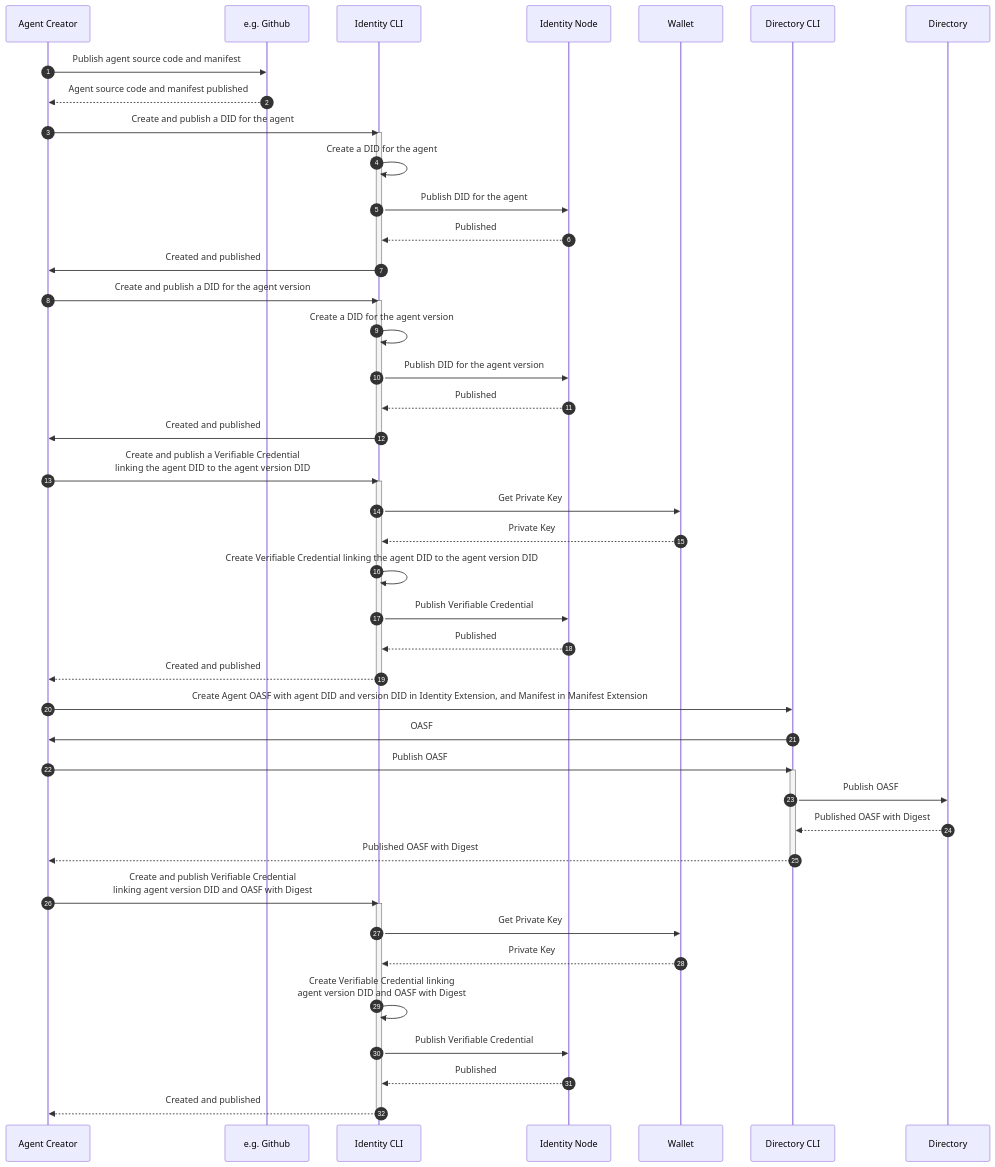
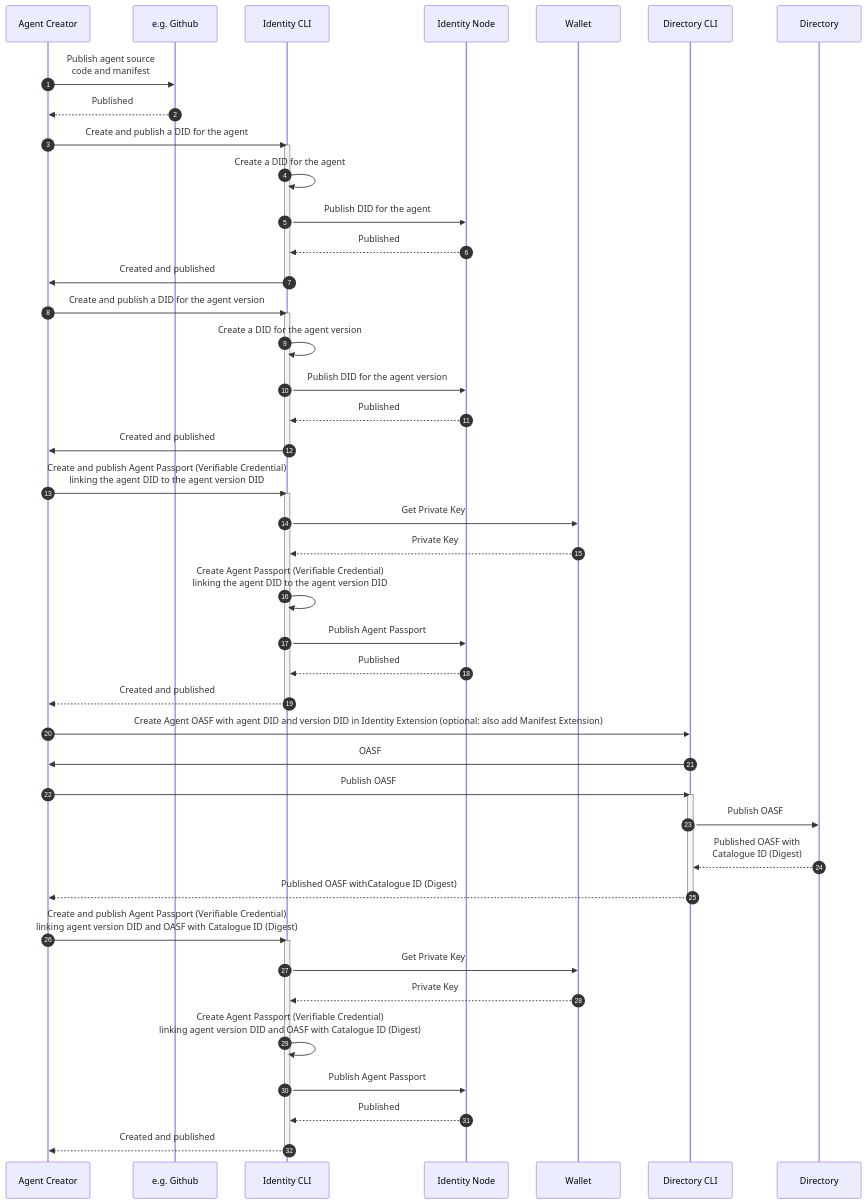
One commit to agntcy/identity-spec changed the first of 3 diagrams in docs-src/docs/specs/flows/agntcy.md. Above: the diagram before and after it, drawn with Mermaid. The commit also changed other lines of this file, not shown here.

````diff
--- a/docs-src/docs/specs/flows/agntcy.md
+++ b/docs-src/docs/specs/flows/agntcy.md
@@ -9,60 +9,60 @@
 ```mermaid
 sequenceDiagram
 autonumber
 
 % Create a new agent
-Agent Creator->>e.g. Github: Publish agent source code and manifest
-e.g. Github-->>Agent Creator: Agent source code and manifest published
+Agent Creator->>e.g. Github: Publish agent source<br/>code and manifest
+e.g. Github-->>Agent Creator: Published
 
 % Create a DID for the agent
 Agent Creator->>Identity CLI: Create and publish a DID for the agent
 activate Identity CLI
 Identity CLI->>Identity CLI: Create a DID for the agent
 Identity CLI->>Identity Node: Publish DID for the agent
 Identity Node-->>Identity CLI: Published
 Identity CLI->>Agent Creator: Created and published
 deactivate Identity CLI
 
 % Create a DID for the agent version
 Agent Creator->>Identity CLI: Create and publish a DID for the agent version
 activate Identity CLI
 Identity CLI->>Identity CLI: Create a DID for the agent version
 Identity CLI->>Identity Node: Publish DID for the agent version
 Identity Node-->>Identity CLI: Published
 Identity CLI->>Agent Creator: Created and published
 deactivate Identity CLI
 
 % Create + publish a Verifiable Credential linking the agent to the agent version
-Agent Creator->>Identity CLI: Create and publish a Verifiable Credential<br/>linking the agent DID to the agent version DID
+Agent Creator->>Identity CLI: Create and publish Agent Passport (Verifiable Credential)<br/>linking the agent DID to the agent version DID
 activate Identity CLI
 Identity CLI->>Wallet: Get Private Key
 Wallet-->>Identity CLI: Private Key
-Identity CLI->>Identity CLI: Create Verifiable Credential linking the agent DID to the agent version DID
-Identity CLI->>Identity Node: Publish Verifiable Credential
+Identity CLI->>Identity CLI: Create Agent Passport (Verifiable Credential)<br/>linking the agent DID to the agent version DID
+Identity CLI->>Identity Node: Publish Agent Passport
 Identity Node-->>Identity CLI: Published
 Identity CLI-->>Agent Creator: Created and published
 deactivate Identity CLI
 
 % Add DID to the agent's OASF
-Agent Creator->>Directory CLI: Create Agent OASF with agent DID and version DID in Identity Extension, and Manifest in Manifest Extension
+Agent Creator->>Directory CLI: Create Agent OASF with agent DID and version DID in Identity Extension (optional: also add Manifest Extension)
 Directory CLI->>Agent Creator: OASF
 
 % Publish agent OASF
 Agent Creator->>Directory CLI: Publish OASF
 activate Directory CLI
 Directory CLI->>Directory: Publish OASF
-Directory-->>Directory CLI: Published OASF with Digest
-Directory CLI-->>Agent Creator: Published OASF with Digest
+Directory-->>Directory CLI: Published OASF with<br/>Catalogue ID (Digest)
+Directory CLI-->>Agent Creator: Published OASF withCatalogue ID (Digest)
 deactivate Directory CLI
 
-% Create + Publish Verifiable Credential linking agent version DID + OASF with Digest
-Agent Creator->>Identity CLI: Create and publish Verifiable Credential<br/>linking agent version DID and OASF with Digest
+% Create + Publish Verifiable Credential linking agent version DID + OASF with Catalogue ID (Digest)
+Agent Creator->>Identity CLI: Create and publish Agent Passport (Verifiable Credential)<br/>linking agent version DID and OASF with Catalogue ID (Digest)
 activate Identity CLI
 Identity CLI->>Wallet: Get Private Key
 Wallet-->>Identity CLI: Private Key
-Identity CLI->>Identity CLI: Create Verifiable Credential linking<br/>agent version DID and OASF with Digest
-Identity CLI->>Identity Node: Publish Verifiable Credential
+Identity CLI->>Identity CLI: Create Agent Passport (Verifiable Credential)<br/>linking agent version DID and OASF with Catalogue ID (Digest)
+Identity CLI->>Identity Node: Publish Agent Passport
 Identity Node-->>Identity CLI: Published
 Identity CLI-->>Agent Creator: Created and published
 deactivate Identity CLI
 ```
````
